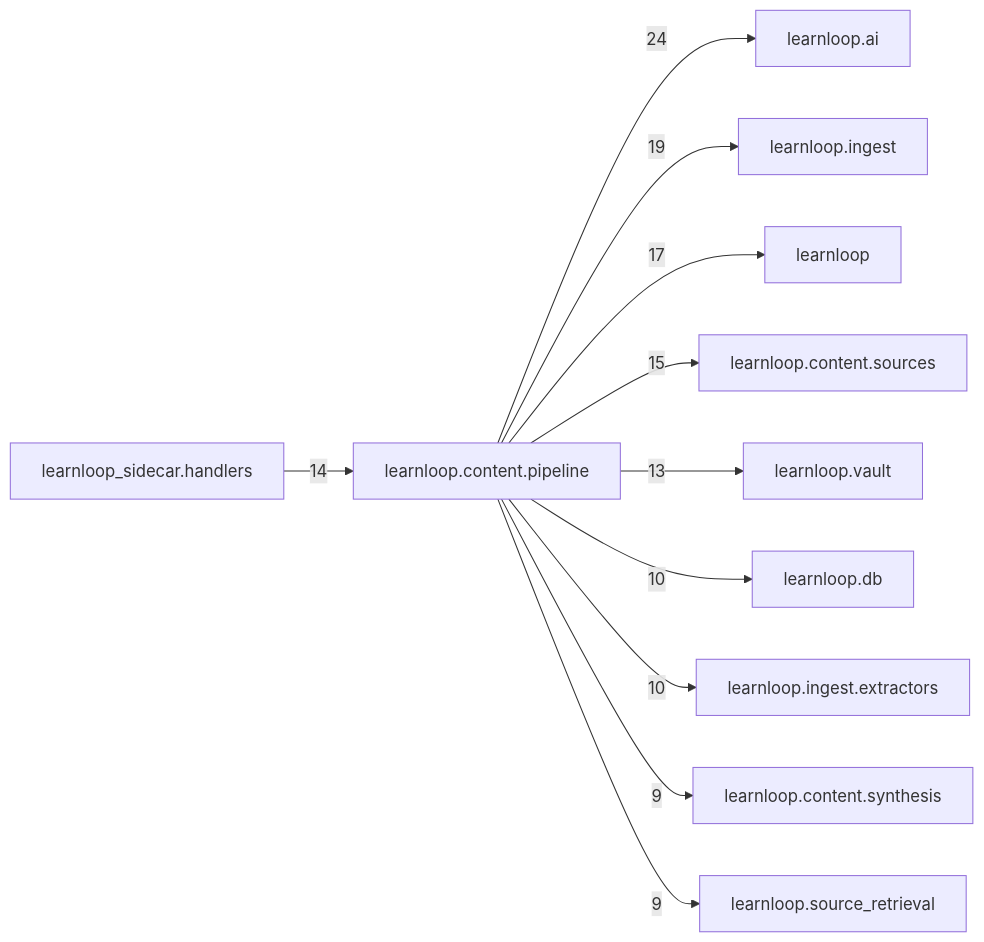
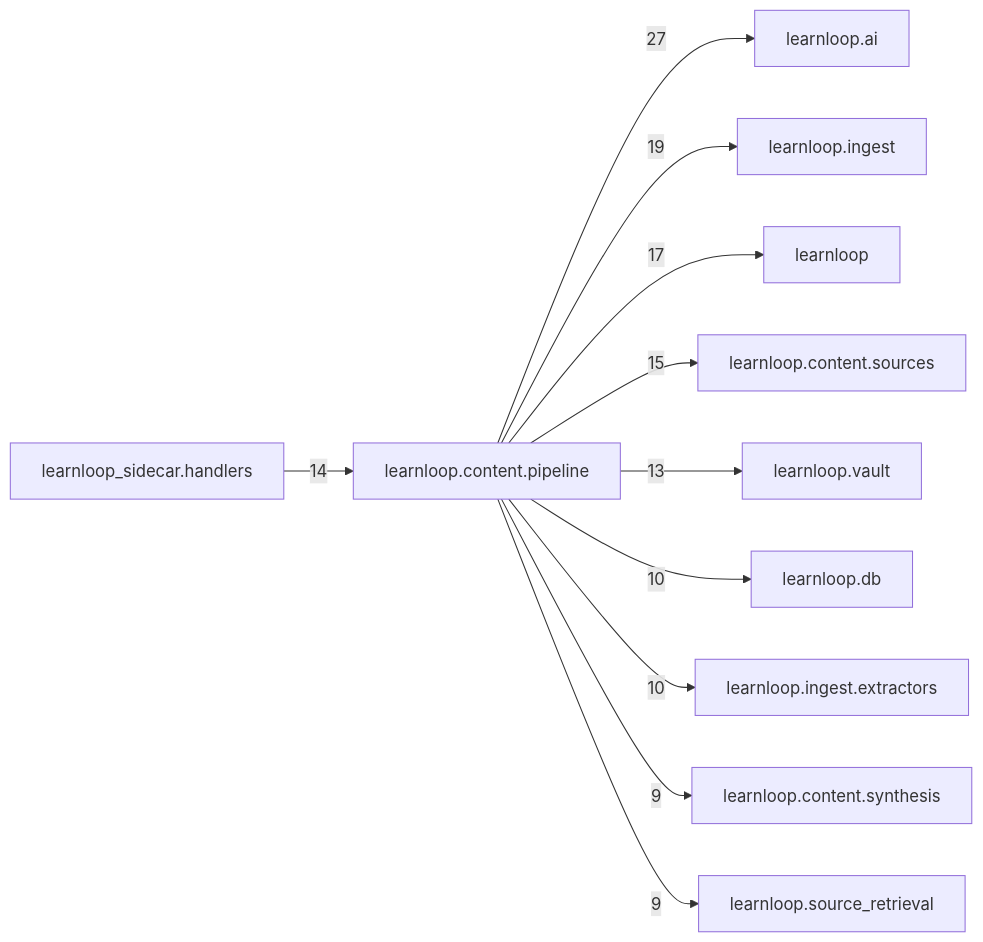
One commit to 6up-b/learnanything changed the diagram in docs/learnloop-architecture-vault/Reference/Modules/learnloop/content/pipeline/_package.md. Above: the diagram before and after it, drawn with Mermaid. The commit also changed other lines of this file and 85 other files, not shown here.

````diff
--- a/docs/learnloop-architecture-vault/Reference/Modules/learnloop/content/pipeline/_package.md
+++ b/docs/learnloop-architecture-vault/Reference/Modules/learnloop/content/pipeline/_package.md
@@ -110,24 +110,24 @@
 ```mermaid
 flowchart LR
     center["learnloop.content.pipeline"]
     n_learnloop_ai["learnloop.ai"]
     n_learnloop_ingest["learnloop.ingest"]
     n_learnloop["learnloop"]
     n_learnloop_content_sources["learnloop.content.sources"]
     n_learnloop_sidecar_handlers["learnloop_sidecar.handlers"]
     n_learnloop_vault["learnloop.vault"]
     n_learnloop_db["learnloop.db"]
     n_learnloop_ingest_extractors["learnloop.ingest.extractors"]
     n_learnloop_content_synthesis["learnloop.content.synthesis"]
     n_learnloop_source_retrieval["learnloop.source_retrieval"]
-    center -->|24| n_learnloop_ai
+    center -->|27| n_learnloop_ai
     center -->|19| n_learnloop_ingest
     center -->|17| n_learnloop
     center -->|15| n_learnloop_content_sources
     n_learnloop_sidecar_handlers -->|14| center
     center -->|13| n_learnloop_vault
     center -->|10| n_learnloop_db
     center -->|10| n_learnloop_ingest_extractors
     center -->|9| n_learnloop_content_synthesis
     center -->|9| n_learnloop_source_retrieval
 ```
````
